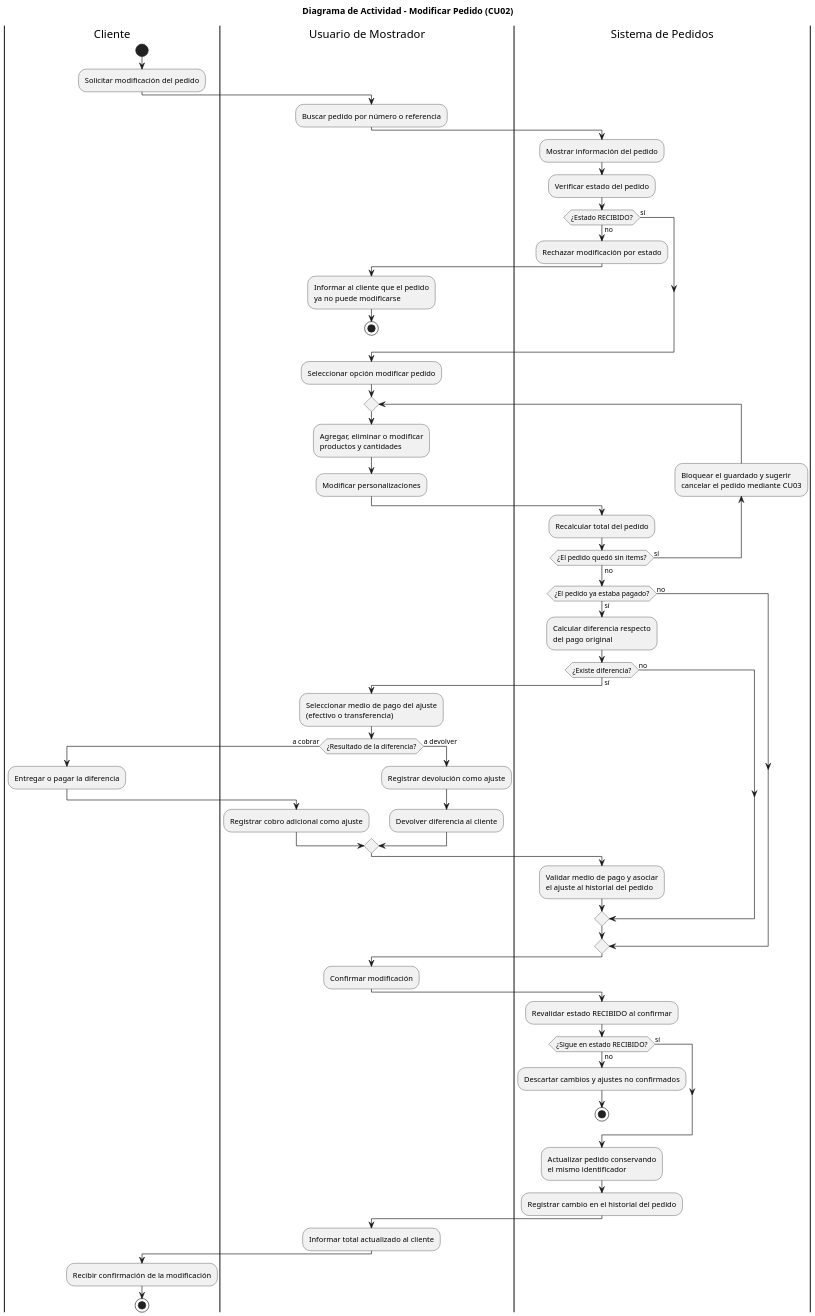
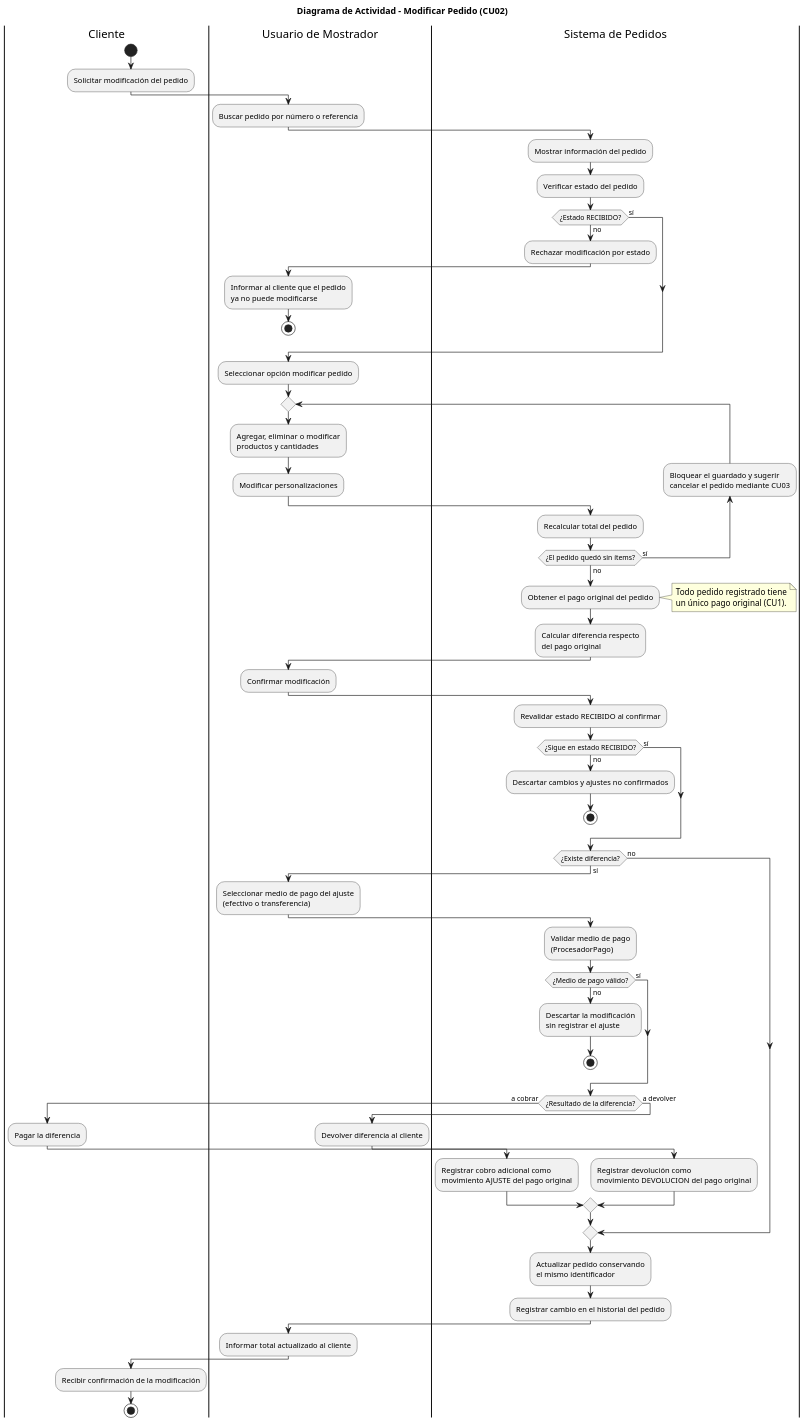
One commit to eloeyhe/SistemaPedidos changed the diagram in diagramas/04-diagramas-actividades/04-actividad-modificar-pedido-02.puml. Above: the diagram before and after it, drawn with PlantUML. The commit also changed 38 other files, not shown here.

First line of the commit message:
fix: unifico contratos de CU1 a CU5 con el diagrama final y la política de pagos (RC25, RC26, RC27, RC28, RC29, RC30)

```diff
--- a/diagramas/04-diagramas-actividades/04-actividad-modificar-pedido-02.puml
+++ b/diagramas/04-diagramas-actividades/04-actividad-modificar-pedido-02.puml
@@ -1,85 +1,98 @@
 @startuml 04-actividad-modificar-pedido-02
 skinparam dpi 150
 skinparam ArrowFontSize 11
 
 title Diagrama de Actividad - Modificar Pedido (CU02)
 
 |Cliente|
 start
 :Solicitar modificación del pedido;
 
 |Usuario de Mostrador|
 :Buscar pedido por número o referencia;
 
 |Sistema de Pedidos|
 :Mostrar información del pedido;
 :Verificar estado del pedido;
 
 if (¿Estado RECIBIDO?) then (no)
   :Rechazar modificación por estado;
   |Usuario de Mostrador|
   :Informar al cliente que el pedido
   ya no puede modificarse;
   stop
 else (sí)
 endif
 
 |Usuario de Mostrador|
 :Seleccionar opción modificar pedido;
 
 repeat
   :Agregar, eliminar o modificar
   productos y cantidades;
   :Modificar personalizaciones;
   |Sistema de Pedidos|
   :Recalcular total del pedido;
 backward :Bloquear el guardado y sugerir
 cancelar el pedido mediante CU03;
 repeat while (¿El pedido quedó sin ítems?) is (sí) not (no)
 
-if (¿El pedido ya estaba pagado?) then (sí)
-  :Calcular diferencia respecto
-  del pago original;
-  if (¿Existe diferencia?) then (sí)
-    |Usuario de Mostrador|
-    :Seleccionar medio de pago del ajuste
-    (efectivo o transferencia);
-    if (¿Resultado de la diferencia?) then (a cobrar)
-      |Cliente|
-      :Entregar o pagar la diferencia;
-      |Usuario de Mostrador|
-      :Registrar cobro adicional como ajuste;
-    else (a devolver)
-      :Registrar devolución como ajuste;
-      :Devolver diferencia al cliente;
-    endif
-    |Sistema de Pedidos|
-    :Validar medio de pago y asociar
-    el ajuste al historial del pedido;
-  else (no)
-  endif
-else (no)
-endif
+:Obtener el pago original del pedido;
+note right
+  Todo pedido registrado tiene
+  un único pago original (CU1).
+end note
+:Calcular diferencia respecto
+del pago original;
 
 |Usuario de Mostrador|
 :Confirmar modificación;
 
 |Sistema de Pedidos|
 :Revalidar estado RECIBIDO al confirmar;
 if (¿Sigue en estado RECIBIDO?) then (no)
   :Descartar cambios y ajustes no confirmados;
   stop
 else (sí)
+endif
+
+if (¿Existe diferencia?) then (sí)
+  |Usuario de Mostrador|
+  :Seleccionar medio de pago del ajuste
+  (efectivo o transferencia);
+  |Sistema de Pedidos|
+  :Validar medio de pago
+  (ProcesadorPago);
+  if (¿Medio de pago válido?) then (no)
+    :Descartar la modificación
+    sin registrar el ajuste;
+    stop
+  else (sí)
+  endif
+  if (¿Resultado de la diferencia?) then (a cobrar)
+    |Cliente|
+    :Pagar la diferencia;
+    |Sistema de Pedidos|
+    :Registrar cobro adicional como
+    movimiento AJUSTE del pago original;
+  else (a devolver)
+    |Usuario de Mostrador|
+    :Devolver diferencia al cliente;
+    |Sistema de Pedidos|
+    :Registrar devolución como
+    movimiento DEVOLUCION del pago original;
+  endif
+else (no)
 endif
 
 :Actualizar pedido conservando
 el mismo identificador;
 :Registrar cambio en el historial del pedido;
 
 |Usuario de Mostrador|
 :Informar total actualizado al cliente;
 
 |Cliente|
 :Recibir confirmación de la modificación;
 stop
 @enduml
```
